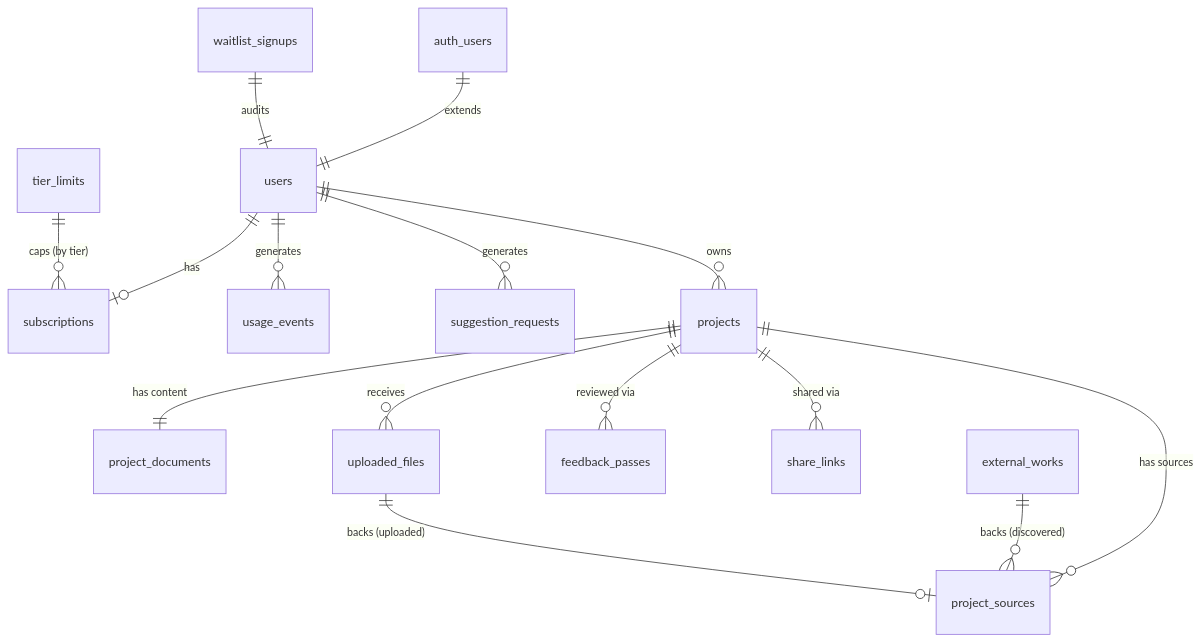
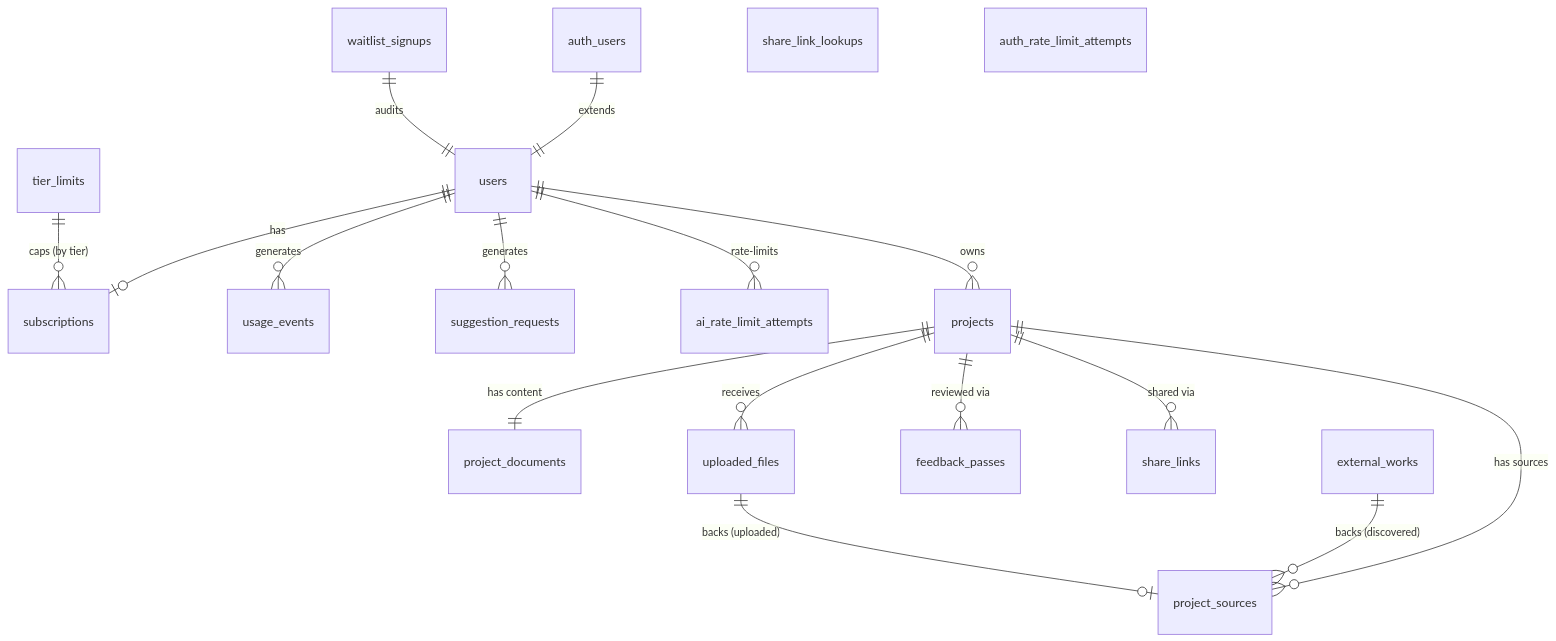
One commit to cwnaze/Alvus-AI changed the diagram in docs/data-model.md. Above: the diagram before and after it, drawn with Mermaid. The commit also changed other lines of this file and 2 other files, not shown here.

First line of the commit message:
US-034: Document the three rate-limit tables missing from docs/data-model.md (#78)

````diff
--- a/docs/data-model.md
+++ b/docs/data-model.md
@@ -9,17 +9,20 @@
 ```mermaid
 erDiagram
   auth_users ||--|| users : "extends"
   waitlist_signups ||--|| users : "audits"
   users ||--o| subscriptions : "has"
   users ||--o{ usage_events : "generates"
   users ||--o{ suggestion_requests : "generates"
+  users ||--o{ ai_rate_limit_attempts : "rate-limits"
   users ||--o{ projects : "owns"
   projects ||--|| project_documents : "has content"
   projects ||--o{ uploaded_files : "receives"
   projects ||--o{ project_sources : "has sources"
   projects ||--o{ feedback_passes : "reviewed via"
   projects ||--o{ share_links : "shared via"
   external_works ||--o{ project_sources : "backs (discovered)"
   uploaded_files ||--o| project_sources : "backs (uploaded)"
   tier_limits ||--o{ subscriptions : "caps (by tier)"
+  share_link_lookups
+  auth_rate_limit_attempts
 ```
````
